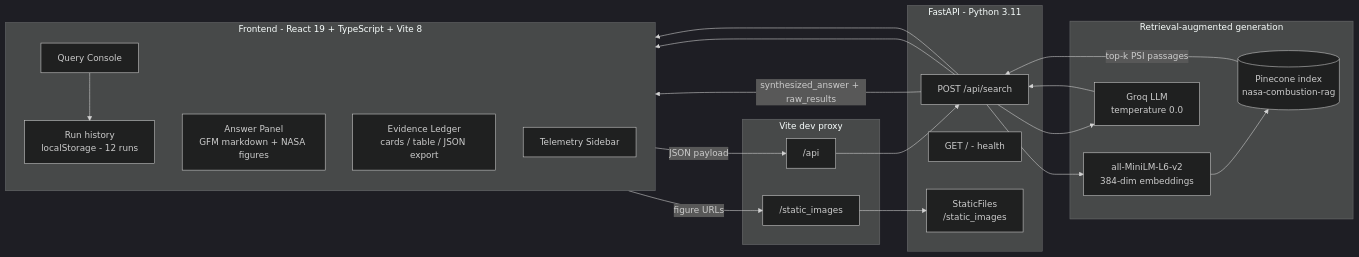
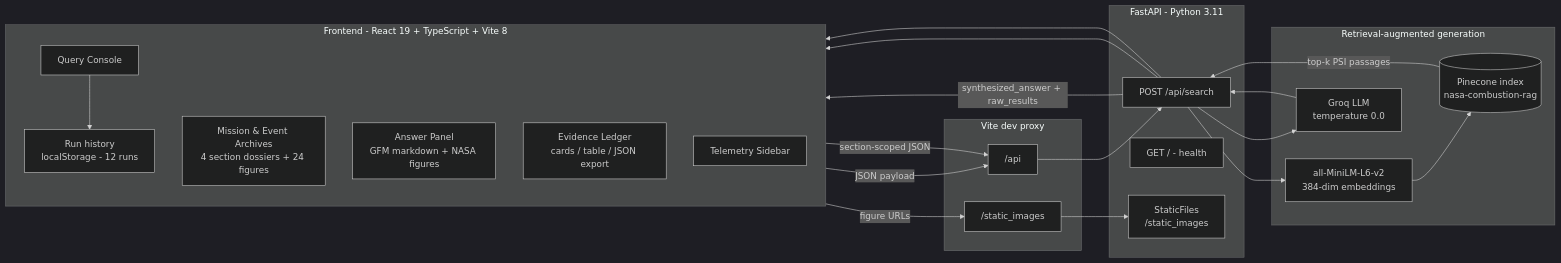
The first of 3 diagrams in README.md (harshita713lab/NASA-Hackathon-flameguard), drawn with Mermaid (dark theme) before and after one commit. The commit also changed other lines of this file and 14 other files, not shown here.

````diff
--- a/README.md
+++ b/README.md
@@ -83,38 +139,40 @@
 ```mermaid
 flowchart LR
   subgraph FE["Frontend - React 19 + TypeScript + Vite 8"]
     direction TB
     QC["Query Console"]
+    MA["Mission & Event Archives<br/>4 section dossiers + 24 figures"]
     AP["Answer Panel<br/>GFM markdown + NASA figures"]
     EL["Evidence Ledger<br/>cards / table / JSON export"]
     TP["Telemetry Sidebar"]
     HS["Run history<br/>localStorage - 12 runs"]
   end
 
   subgraph VP["Vite dev proxy"]
     PA["/api"]
     PS["/static_images"]
   end
 
   subgraph BE["FastAPI - Python 3.11"]
     EP["POST /api/search"]
     HC["GET / - health"]
     ST["StaticFiles<br/>/static_images"]
   end
 
   subgraph AI["Retrieval-augmented generation"]
     EM["all-MiniLM-L6-v2<br/>384-dim embeddings"]
     PC[("Pinecone index<br/>nasa-combustion-rag")]
     LL["Groq LLM<br/>temperature 0.0"]
   end
 
   QC -->|JSON payload| PA --> EP
+  MA -->|section-scoped JSON| PA
   AP -->|figure URLs| PS --> ST
   EP --> EM --> PC
   PC -->|top-k PSI passages| EP
   EP --> LL --> EP
   EP -->|synthesized_answer + raw_results| AP
   EP --> EL
   EP --> TP
   QC --> HS
 ```
````
